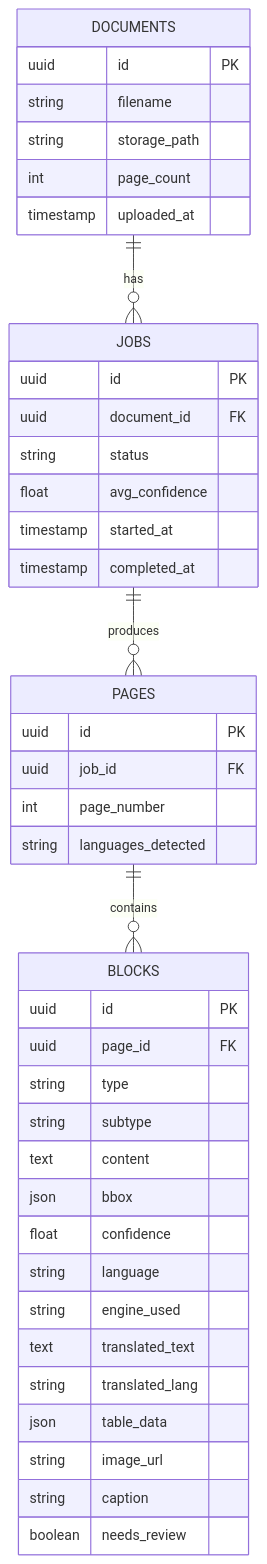
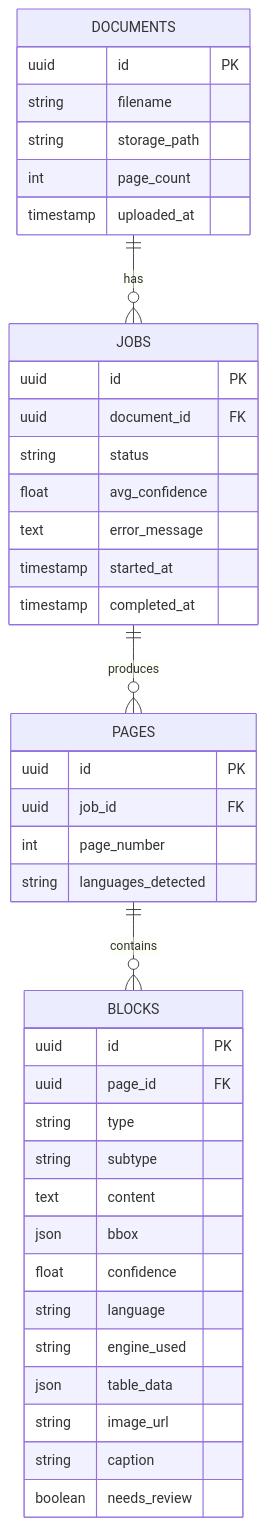
Before and after one commit to khiloni/Multilingual-OCR-pipeline-architecture: the fourth of 5 diagrams in ARCHITECTURE.md, drawn with Mermaid. The commit also changed other lines of this file and 7 other files, not shown here.

````diff
--- a/ARCHITECTURE.md
+++ b/ARCHITECTURE.md
@@ -292,45 +258,44 @@
 ```mermaid
 erDiagram
     DOCUMENTS ||--o{ JOBS : has
     JOBS ||--o{ PAGES : produces
     PAGES ||--o{ BLOCKS : contains
 
     DOCUMENTS {
         uuid id PK
         string filename
         string storage_path
         int page_count
         timestamp uploaded_at
     }
     JOBS {
         uuid id PK
         uuid document_id FK
         string status
         float avg_confidence
+        text error_message
         timestamp started_at
         timestamp completed_at
     }
     PAGES {
         uuid id PK
         uuid job_id FK
         int page_number
         string languages_detected
     }
     BLOCKS {
         uuid id PK
         uuid page_id FK
         string type
         string subtype
         text content
         json bbox
         float confidence
         string language
         string engine_used
-        text translated_text
-        string translated_lang
         json table_data
         string image_url
         string caption
         boolean needs_review
     }
 ```
````
